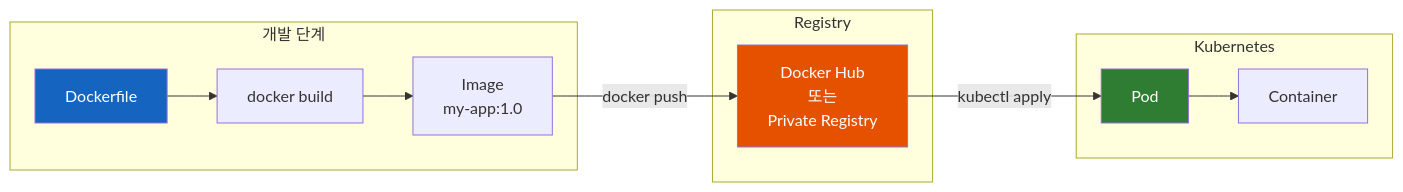
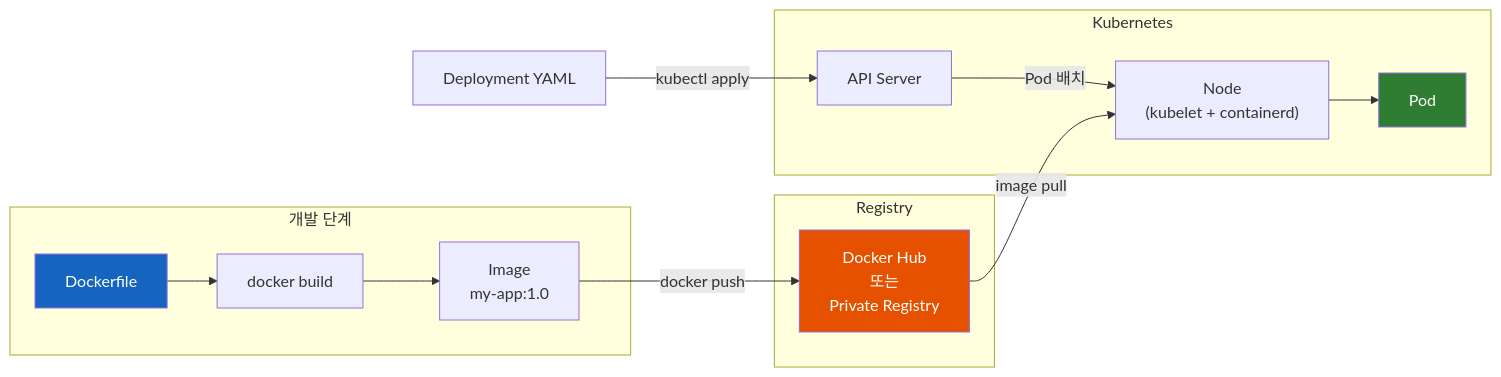
The fifth of 6 diagrams in docker/Dockerfile과-docker-compose의-차이.md (sskim91/TIL), drawn with Mermaid before and after one commit. The commit also changed other lines of this file and 2 other files, not shown here.

````diff
--- a/docker/Dockerfile과-docker-compose의-차이.md
+++ b/docker/Dockerfile과-docker-compose의-차이.md
@@ -469,26 +489,31 @@
 ```mermaid
 flowchart LR
     subgraph Dev["개발 단계"]
         DF["Dockerfile"]
         Build["docker build"]
         IMG["Image<br>my-app:1.0"]
     end
 
     subgraph Registry["Registry"]
         Hub["Docker Hub<br>또는<br>Private Registry"]
     end
 
     subgraph K8s["Kubernetes"]
+        API["API Server"]
+        Worker["Node<br>(kubelet + containerd)"]
         Pod["Pod"]
-        Container["Container"]
     end
+
+    Manifest["Deployment YAML"]
 
     DF --> Build --> IMG
     IMG -->|docker push| Hub
-    Hub -->|kubectl apply| Pod
-    Pod --> Container
+    Manifest -->|kubectl apply| API
+    API -->|Pod 배치| Worker
+    Hub -->|image pull| Worker
+    Worker --> Pod
 
     style DF fill:#1565C0,color:#fff
     style Hub fill:#E65100,color:#fff
     style Pod fill:#2E7D32,color:#fff
 ```
````
